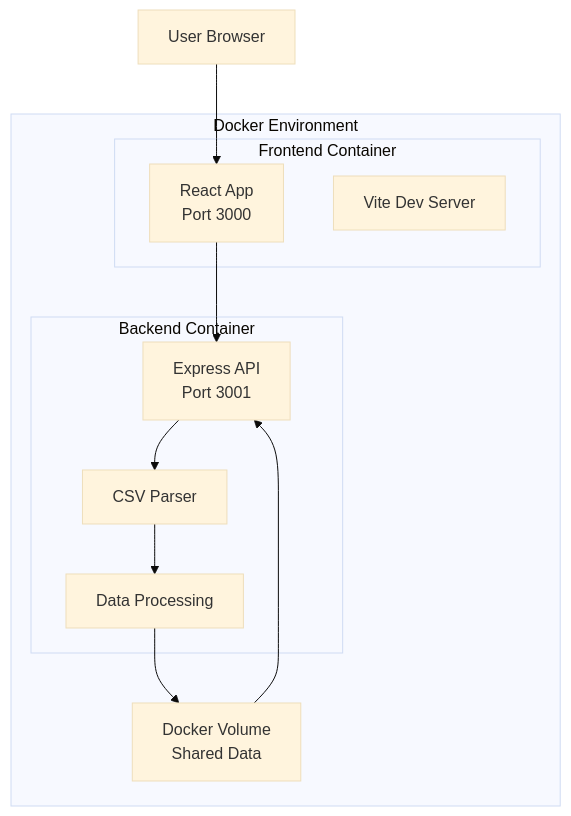
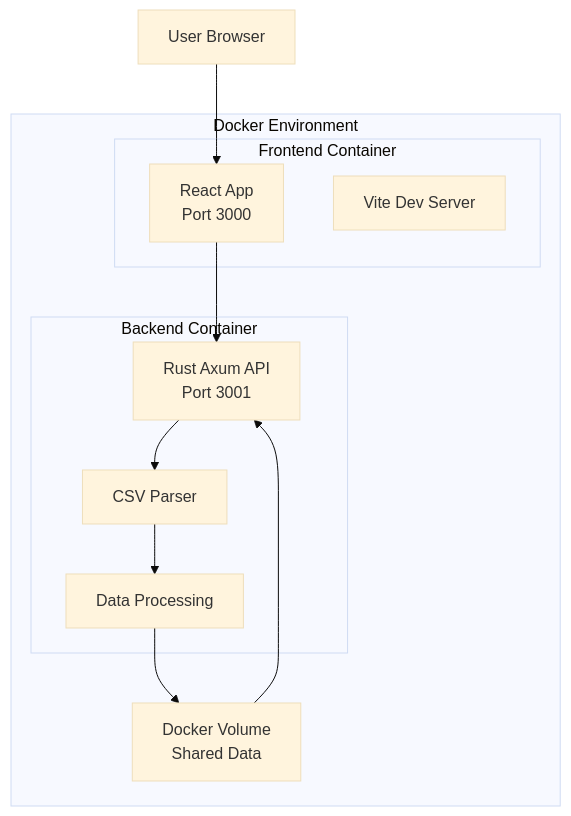
One commit to AobaIwaki123/cursor-usage-monitor changed the diagram in .kiro/specs/cursor-usage-dashboard/design.md. Above: the diagram before and after it, drawn with Mermaid (base theme). The commit also changed other lines of this file and 2 other files, not shown here.

````diff
--- a/.kiro/specs/cursor-usage-dashboard/design.md
+++ b/.kiro/specs/cursor-usage-dashboard/design.md
@@ -11,24 +11,24 @@
 ```mermaid
 graph TB
     subgraph "Docker Environment"
         subgraph "Frontend Container"
             A[React App<br/>Port 3000]
             B[Vite Dev Server]
         end
         
         subgraph "Backend Container"
-            C[Express API<br/>Port 3001]
+            C[Rust Axum API<br/>Port 3001]
             D[CSV Parser]
             E[Data Processing]
         end
         
         F[Docker Volume<br/>Shared Data]
     end
     
     G[User Browser] --> A
     A --> C
     C --> D
     D --> E
     E --> F
     F --> C
 ```
````
